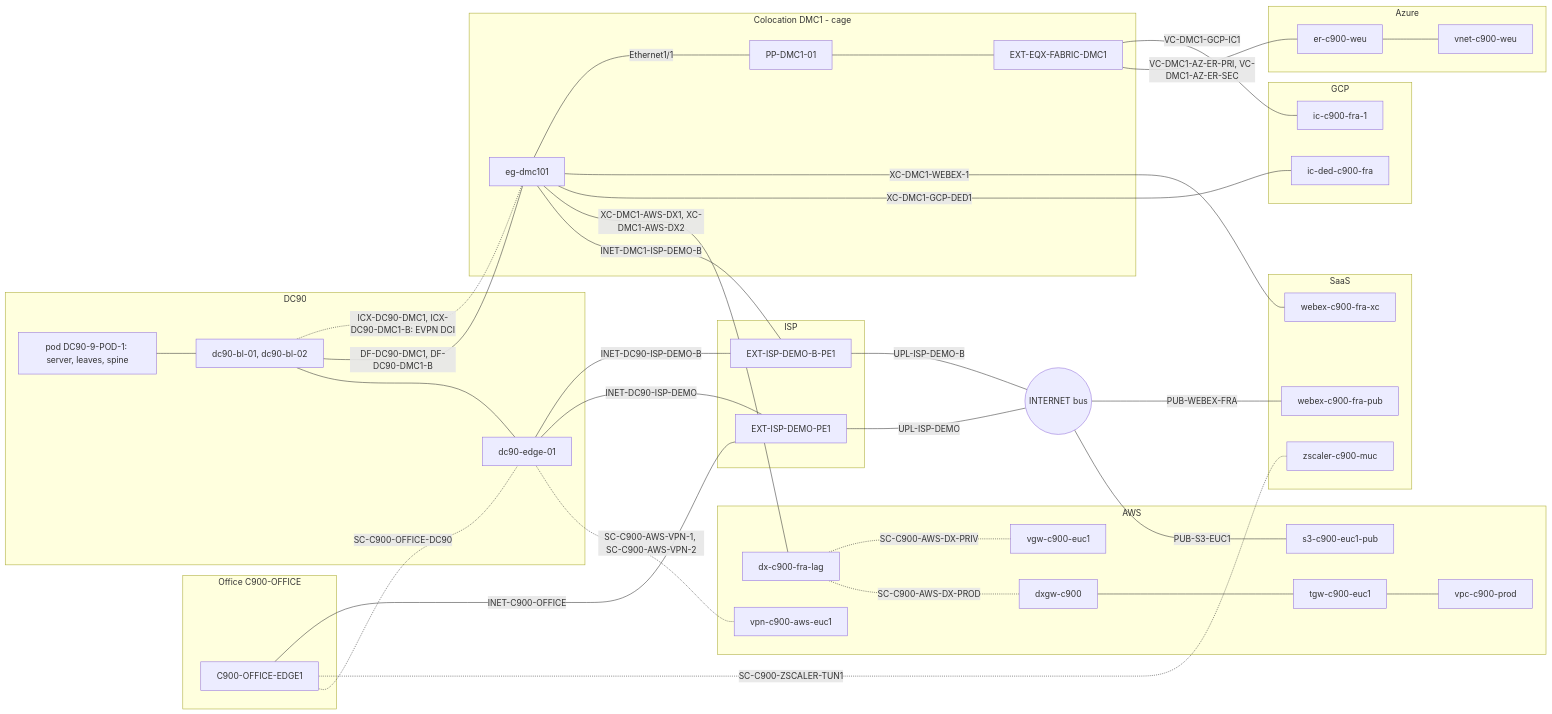
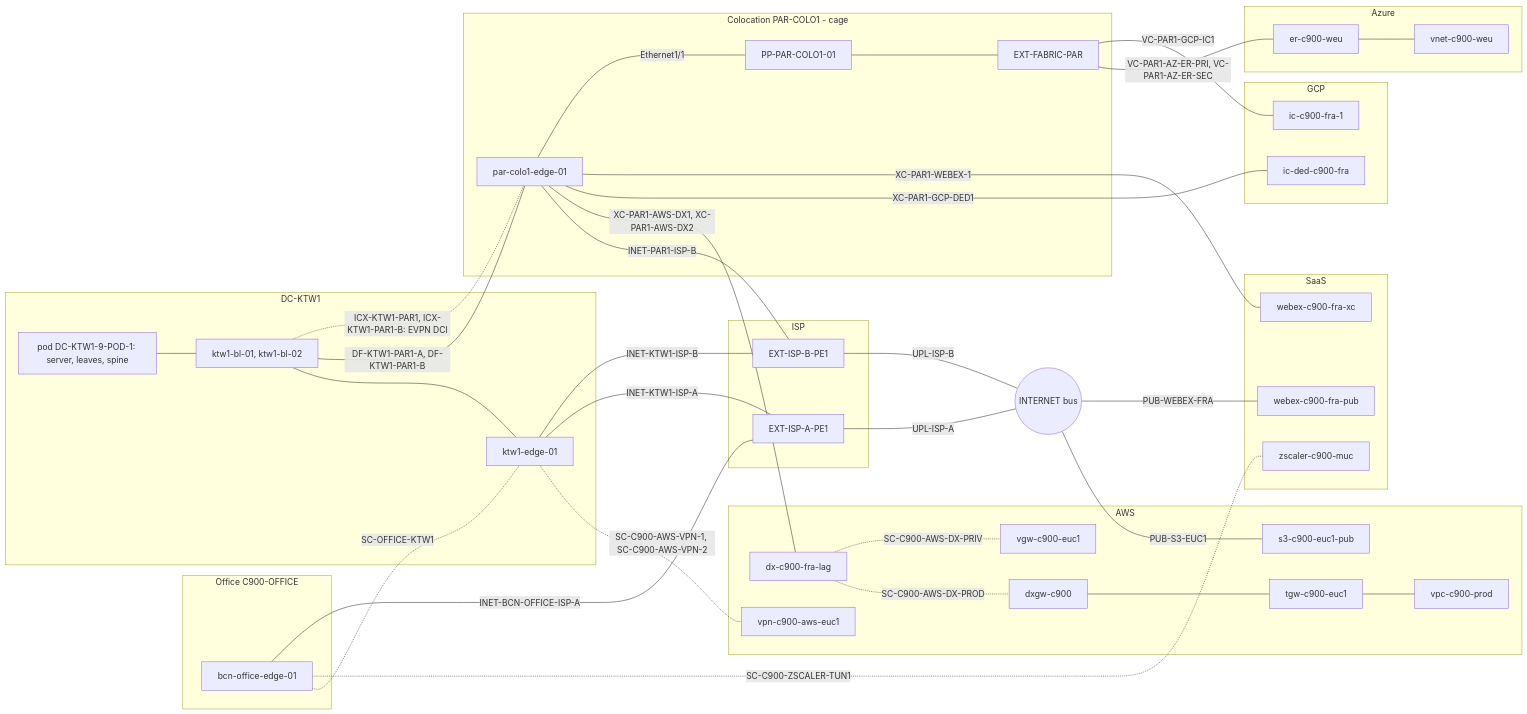
One commit to t0m3kz/infrahub-demo changed the first of 2 diagrams in data/demos/00_full_topology/README.md. Above: the diagram before and after it, drawn with Mermaid. The commit also changed other lines of this file and 82 other files, not shown here.

````diff
--- a/data/demos/00_full_topology/README.md
+++ b/data/demos/00_full_topology/README.md
@@ -49,70 +61,70 @@
 ```mermaid
 flowchart LR
   subgraph OFFICE["Office C900-OFFICE"]
-    OE["C900-OFFICE-EDGE1"]
+    OE["bcn-office-edge-01"]
   end
-  subgraph DC["DC90"]
-    DPOD["pod DC90-9-POD-1: server, leaves, spine"]
-    BL["dc90-bl-01, dc90-bl-02"]
-    DE["dc90-edge-01"]
+  subgraph DC["DC-KTW1"]
+    DPOD["pod DC-KTW1-9-POD-1: server, leaves, spine"]
+    BL["ktw1-bl-01, ktw1-bl-02"]
+    DE["ktw1-edge-01"]
   end
-  subgraph COLO["Colocation DMC1 - cage"]
-    CE["eg-dmc101"]
-    CP["PP-DMC1-01"]
-    CF["EXT-EQX-FABRIC-DMC1"]
+  subgraph COLO["Colocation PAR-COLO1 - cage"]
+    CE["par-colo1-edge-01"]
+    CP["PP-PAR-COLO1-01"]
+    CF["EXT-FABRIC-PAR"]
   end
   subgraph ISP["ISP"]
-    PA["EXT-ISP-DEMO-PE1"]
-    PB["EXT-ISP-DEMO-B-PE1"]
+    PA["EXT-ISP-A-PE1"]
+    PB["EXT-ISP-B-PE1"]
   end
   NET(("INTERNET bus"))
   subgraph AWS["AWS"]
     DX["dx-c900-fra-lag"]
     DXGW["dxgw-c900"]
     TGW["tgw-c900-euc1"]
     VPC["vpc-c900-prod"]
     VGW["vgw-c900-euc1"]
     VPN["vpn-c900-aws-euc1"]
     S3["s3-c900-euc1-pub"]
   end
   subgraph AZ["Azure"]
     ER["er-c900-weu"]
     VNET["vnet-c900-weu"]
   end
   subgraph GCP["GCP"]
     GDED["ic-ded-c900-fra"]
     GIC["ic-c900-fra-1"]
   end
   subgraph SAAS["SaaS"]
     WX["webex-c900-fra-xc"]
     WXP["webex-c900-fra-pub"]
     ZS["zscaler-c900-muc"]
   end
   DPOD --- BL
   BL --- DE
-  BL ---|"DF-DC90-DMC1, DF-DC90-DMC1-B"| CE
-  BL -.-|"ICX-DC90-DMC1, ICX-DC90-DMC1-B: EVPN DCI"| CE
-  OE -.-|"SC-C900-OFFICE-DC90"| DE
+  BL ---|"DF-KTW1-PAR1-A, DF-KTW1-PAR1-B"| CE
+  BL -.-|"ICX-KTW1-PAR1, ICX-KTW1-PAR1-B: EVPN DCI"| CE
+  OE -.-|"SC-OFFICE-KTW1"| DE
   OE -.-|"SC-C900-ZSCALER-TUN1"| ZS
   DE -.-|"SC-C900-AWS-VPN-1, SC-C900-AWS-VPN-2"| VPN
-  OE ---|"INET-C900-OFFICE"| PA
-  DE ---|"INET-DC90-ISP-DEMO"| PA
-  DE ---|"INET-DC90-ISP-DEMO-B"| PB
-  CE ---|"INET-DMC1-ISP-DEMO-B"| PB
-  PA ---|"UPL-ISP-DEMO"| NET
-  PB ---|"UPL-ISP-DEMO-B"| NET
+  OE ---|"INET-BCN-OFFICE-ISP-A"| PA
+  DE ---|"INET-KTW1-ISP-A"| PA
+  DE ---|"INET-KTW1-ISP-B"| PB
+  CE ---|"INET-PAR1-ISP-B"| PB
+  PA ---|"UPL-ISP-A"| NET
+  PB ---|"UPL-ISP-B"| NET
   NET ---|"PUB-S3-EUC1"| S3
   NET ---|"PUB-WEBEX-FRA"| WXP
-  CE ---|"XC-DMC1-AWS-DX1, XC-DMC1-AWS-DX2"| DX
-  CE ---|"XC-DMC1-GCP-DED1"| GDED
-  CE ---|"XC-DMC1-WEBEX-1"| WX
+  CE ---|"XC-PAR1-AWS-DX1, XC-PAR1-AWS-DX2"| DX
+  CE ---|"XC-PAR1-GCP-DED1"| GDED
+  CE ---|"XC-PAR1-WEBEX-1"| WX
   CE ---|"Ethernet1/1"| CP
   CP --- CF
-  CF ---|"VC-DMC1-AZ-ER-PRI, VC-DMC1-AZ-ER-SEC"| ER
-  CF ---|"VC-DMC1-GCP-IC1"| GIC
+  CF ---|"VC-PAR1-AZ-ER-PRI, VC-PAR1-AZ-ER-SEC"| ER
+  CF ---|"VC-PAR1-GCP-IC1"| GIC
   DX -.-|"SC-C900-AWS-DX-PROD"| DXGW
   DXGW --- TGW
   TGW --- VPC
   DX -.-|"SC-C900-AWS-DX-PRIV"| VGW
   ER --- VNET
 ```
````
